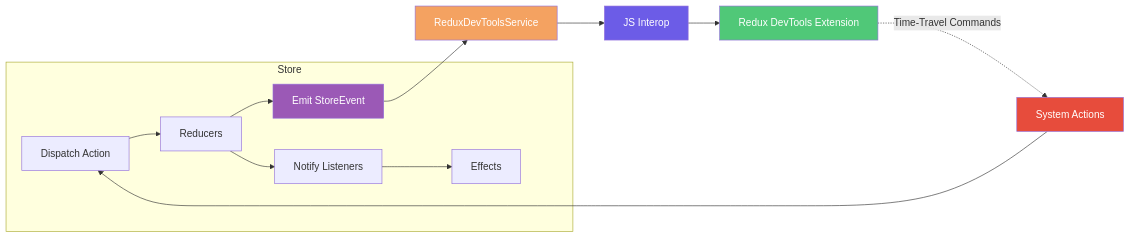
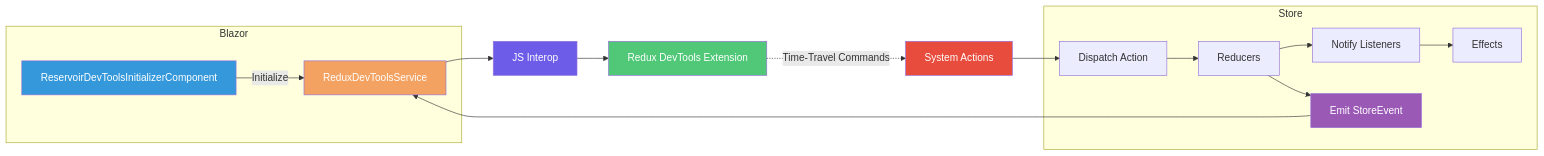
Before and after one commit to Gibbs-Morris/mississippi: the diagram in docs/Docusaurus/docs/client-state-management/devtools.md, drawn with Mermaid. The commit also changed other lines of this file and 17 other files, not shown here.

First line of the commit message:
Add DevTools initialization DX improvements

````diff
--- a/docs/Docusaurus/docs/client-state-management/devtools.md
+++ b/docs/Docusaurus/docs/client-state-management/devtools.md
@@ -114,21 +134,26 @@
 ```mermaid
 flowchart LR
+    subgraph Blazor
+        COMP[ReservoirDevToolsInitializerComponent] -->|Initialize| DTS
+    end
+    
     subgraph Store
         A[Dispatch Action] --> B[Reducers]
         B --> C[Notify Listeners]
         C --> D[Effects]
         B --> SE[Emit StoreEvent]
     end
     
     SE --> DTS[ReduxDevToolsService]
     DTS --> JS[JS Interop]
     JS --> EXT[Redux DevTools Extension]
     EXT -.->|Time-Travel Commands| SA[System Actions]
     SA --> A
     
+    style COMP fill:#3498db,color:#fff
     style SE fill:#9b59b6,color:#fff
     style DTS fill:#f4a261,color:#fff
     style JS fill:#6c5ce7,color:#fff
     style EXT fill:#50c878,color:#fff
     style SA fill:#e74c3c,color:#fff
 ```
````
